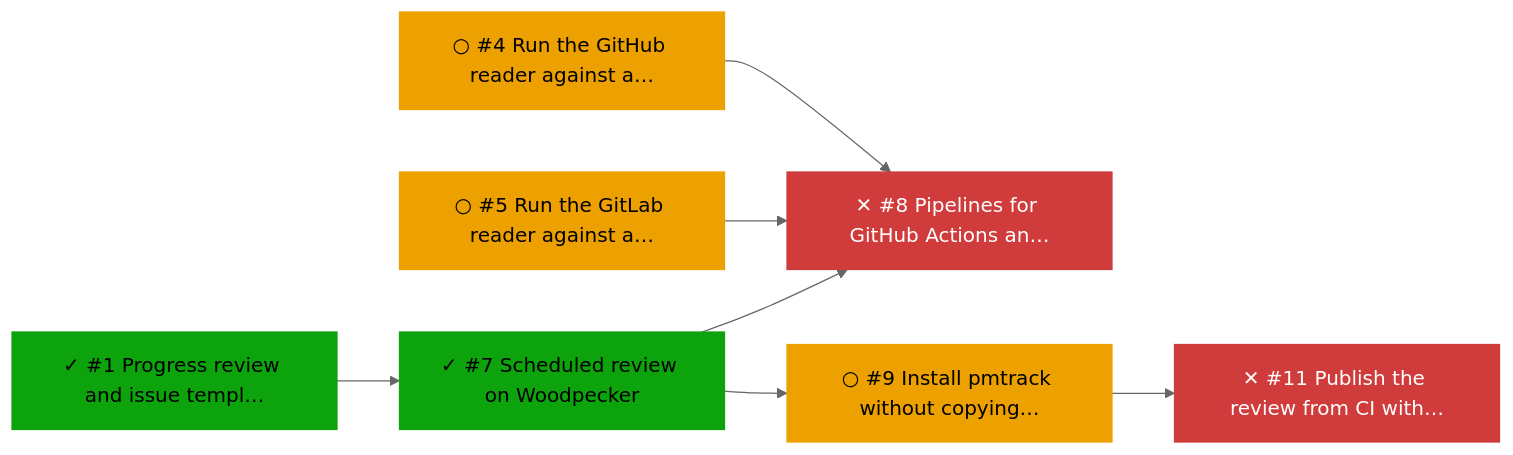
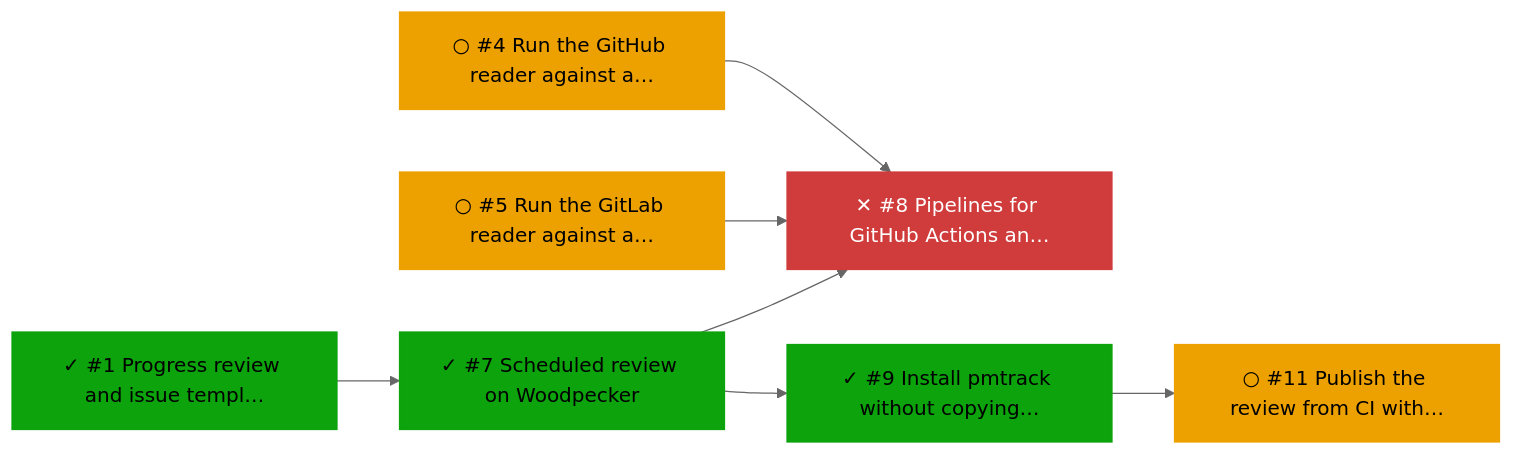
Before and after one commit to bvraghav/pmtrack: the second of 2 diagrams in progress/ci.md, drawn with Mermaid (neutral theme). The commit also changed other lines of this file and 5 other files, not shown here.

````diff
--- a/progress/ci.md
+++ b/progress/ci.md
@@ -48,22 +47,22 @@
 ```mermaid
 flowchart LR
   n0["✓ #1 Progress review and issue templ…"]:::done
-  n1["✕ #11 Publish the review from CI with…"]:::blocked
+  n1["○ #11 Publish the review from CI with…"]:::ready
   n2["○ #4 Run the GitHub reader against a…"]:::ready
   n3["○ #5 Run the GitLab reader against a…"]:::ready
   n4["✓ #7 Scheduled review on Woodpecker"]:::done
   n5["✕ #8 Pipelines for GitHub Actions an…"]:::blocked
-  n6["○ #9 Install pmtrack without copying…"]:::ready
+  n6["✓ #9 Install pmtrack without copying…"]:::done
   n6 --> n1
   n0 --> n4
   n4 --> n5
   n2 --> n5
   n3 --> n5
   n4 --> n6
   classDef done fill:#0ca30c,color:#000,stroke:#0ca30c
   classDef active fill:#2a78d6,color:#fff,stroke:#2a78d6
   classDef ready fill:#eda100,color:#000,stroke:#eda100
   classDef blocked fill:#d03b3b,color:#fff,stroke:#d03b3b
   classDef unknown fill:#898781,color:#000,stroke:#898781
   classDef dropped fill:#898781,color:#000,stroke:#898781
 ```
````
